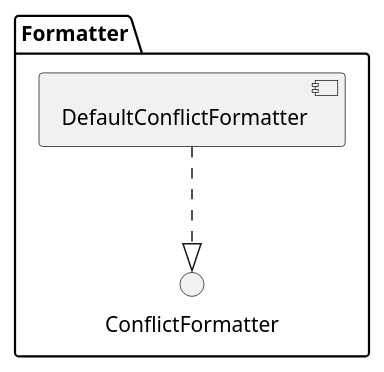
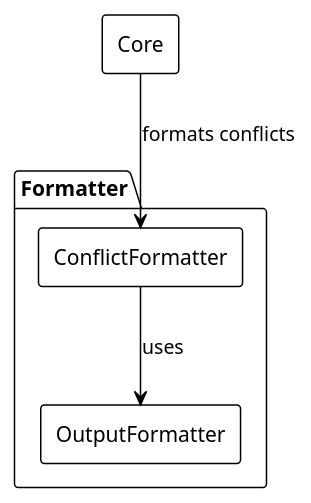
Before and after one commit to GalushkoArt/gitlab-mr-conflict-detector: the sixth of 11 diagrams in docs/architecture.md, drawn with PlantUML. The commit also changed other lines of this file and 1 other file, not shown here.

````diff
--- a/docs/architecture.md
+++ b/docs/architecture.md
@@ -102,9 +148,16 @@
 ```plantuml
 @startuml
+!theme plain
+skinparam componentStyle rectangle
+
 package "Formatter" {
-  interface "ConflictFormatter" as CF
-  
-  [DefaultConflictFormatter] ..|> CF
+  [ConflictFormatter] as ConflictFormatter
+  [OutputFormatter] as OutputFormatter
 }
+
+[Core] as Core
+
+Core --> ConflictFormatter : formats conflicts
+ConflictFormatter --> OutputFormatter : uses
 @enduml
 ```
````
